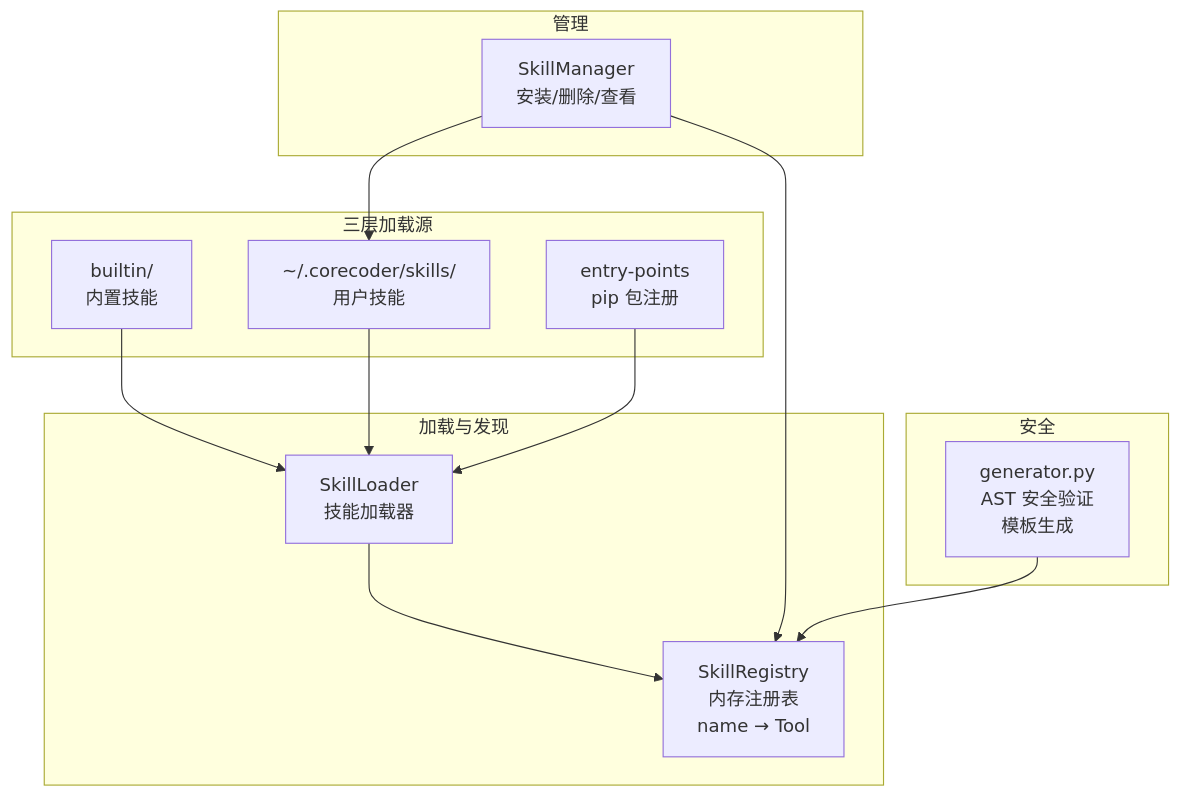
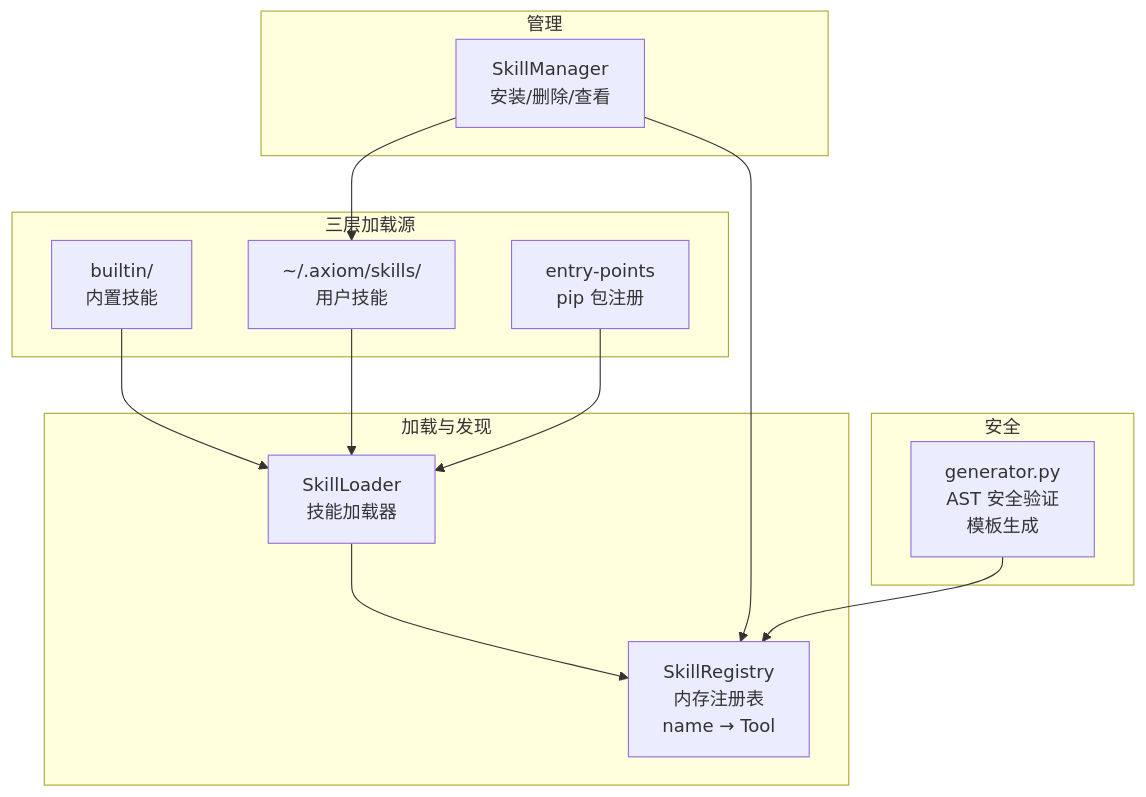
Before and after one commit to Omitze/Axiom: the first of 2 diagrams in article/07-skills.md, drawn with Mermaid. The commit also changed other lines of this file and 2 other files, not shown here.

````diff
--- a/article/07-skills.md
+++ b/article/07-skills.md
@@ -9,29 +9,29 @@
 ```mermaid
 flowchart TB
     subgraph 三层加载源
         B[builtin/<br/>内置技能]
-        U[~/.corecoder/skills/<br/>用户技能]
+        U[~/.axiom/skills/<br/>用户技能]
         E[entry-points<br/>pip 包注册]
     end
     
     subgraph 加载与发现
         SL[SkillLoader<br/>技能加载器]
         SR[SkillRegistry<br/>内存注册表<br/>name → Tool]
     end
     
     subgraph 管理
         SM[SkillManager<br/>安装/删除/查看]
     end
     
     subgraph 安全
         G[generator.py<br/>AST 安全验证<br/>模板生成]
     end
     
     B --> SL
     U --> SL
     E --> SL
     SL --> SR
     SM --> SR
     G --> SR
     SM --> U
 ```
````
